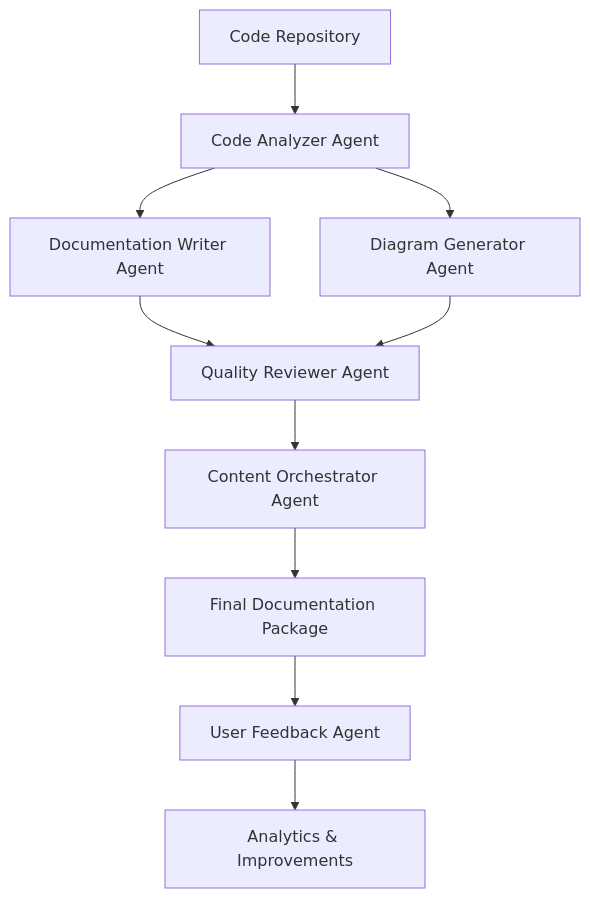
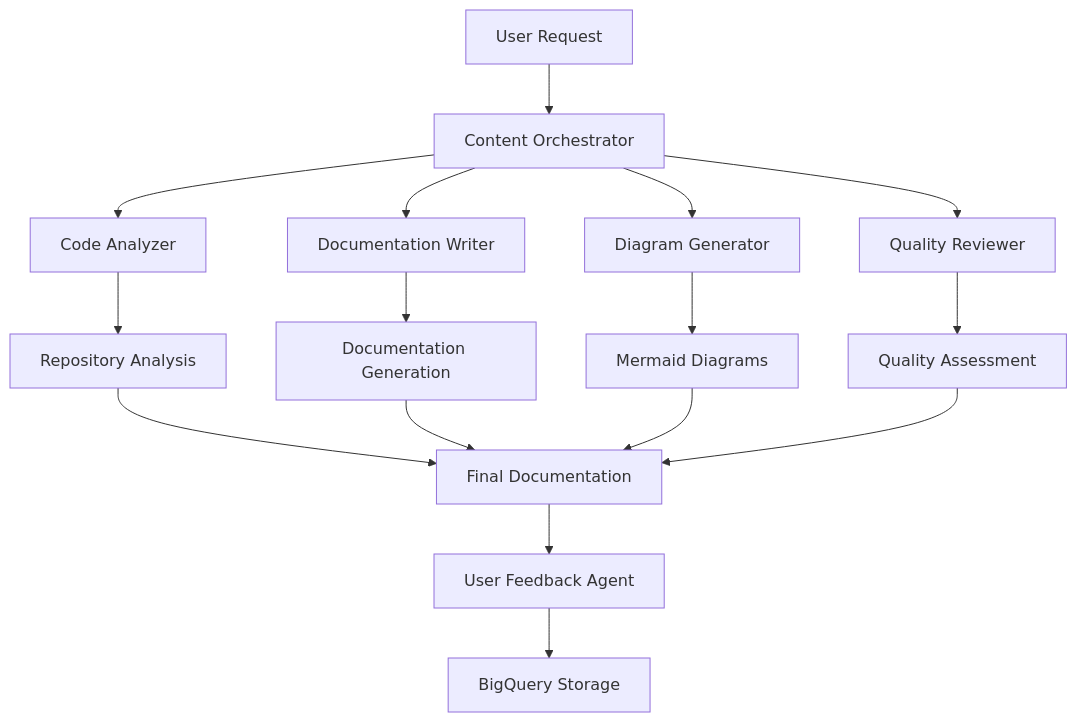
The diagram in README.md (iamredencio/technical-documentation-suite), drawn with Mermaid before and after one commit. The commit also changed other lines of this file and 28071 other files, not shown here.

Commit message:
feat: Add real-time agent flow visualization to Generate page with live status indicators and workflow monitoring

````diff
--- a/README.md
+++ b/README.md
@@ -24,12 +25,21 @@
 ```mermaid
 graph TD
-    A[Code Repository] --> B[Code Analyzer Agent]
-    B --> C[Documentation Writer Agent]
-    B --> D[Diagram Generator Agent]
-    C --> E[Quality Reviewer Agent]
-    D --> E
-    E --> F[Content Orchestrator Agent]
-    F --> G[Final Documentation Package]
-    G --> H[User Feedback Agent]
-    H --> I[Analytics & Improvements]
+    A[User Request] --> B[Content Orchestrator]
+    B --> C[Code Analyzer]
+    B --> D[Documentation Writer]
+    B --> E[Diagram Generator]
+    B --> F[Quality Reviewer]
+    
+    C --> G[Repository Analysis]
+    D --> H[Documentation Generation]
+    E --> I[Mermaid Diagrams]
+    F --> J[Quality Assessment]
+    
+    G --> K[Final Documentation]
+    H --> K
+    I --> K
+    J --> K
+    
+    K --> L[User Feedback Agent]
+    L --> M[BigQuery Storage]
 ```
````
